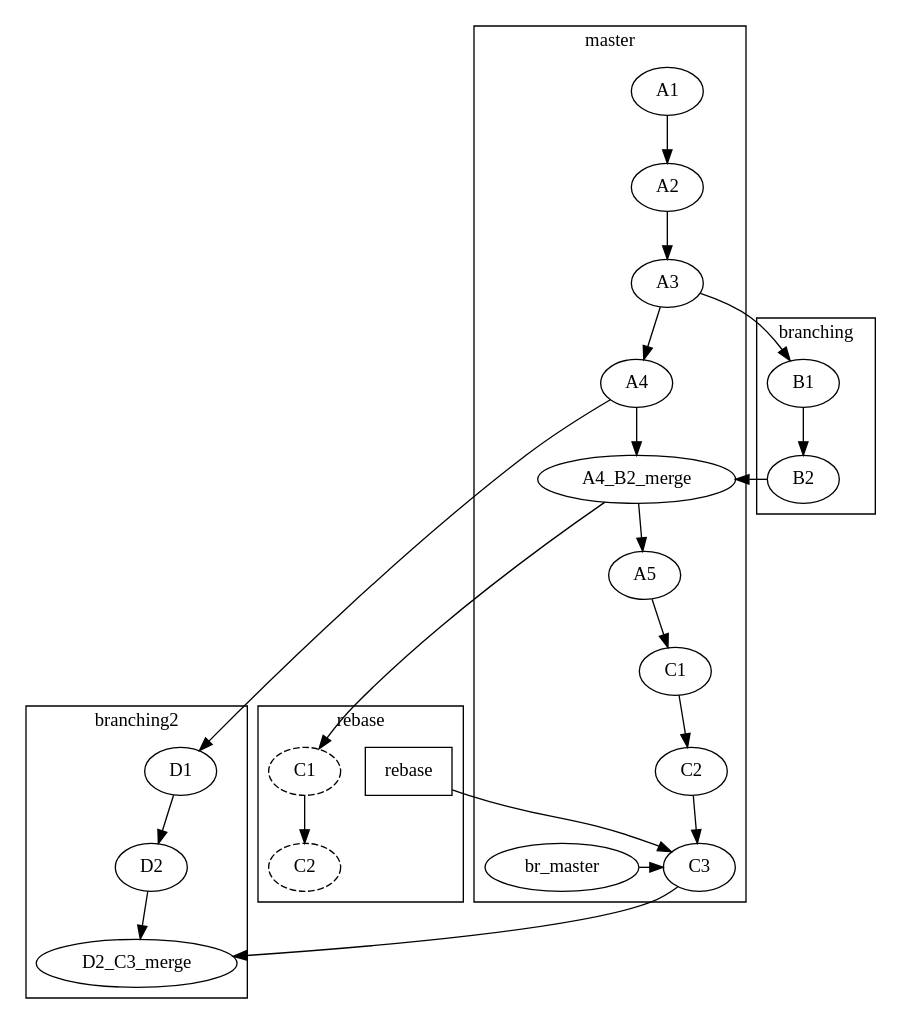
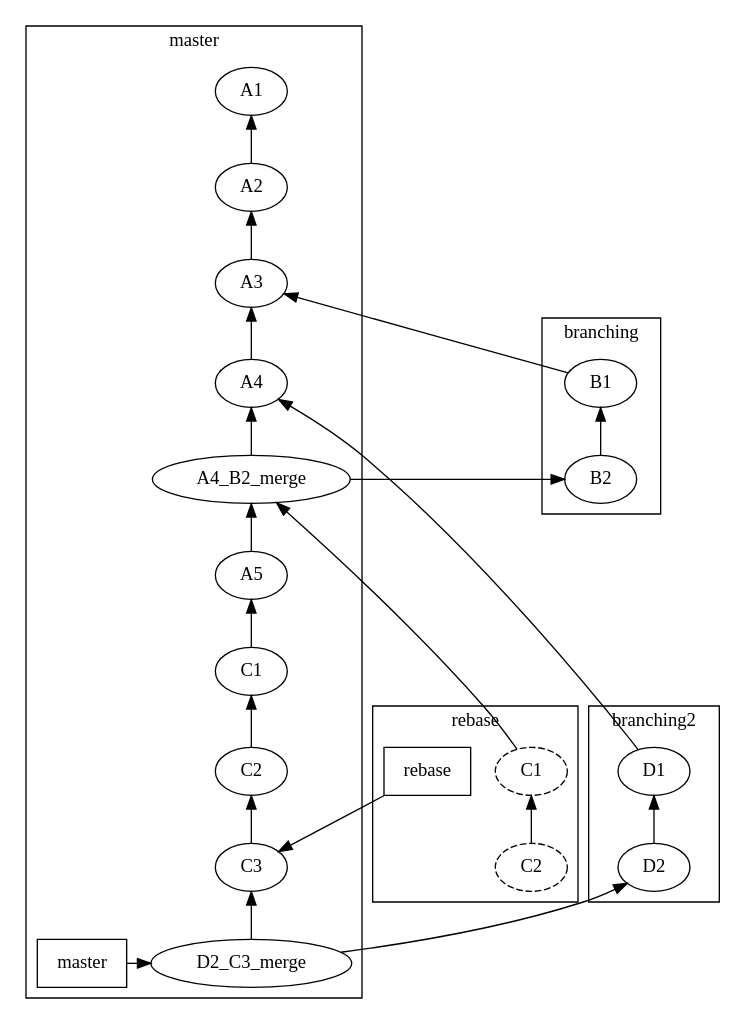
One commit to java8-course/get-flow changed the diagram in tree.dot. Above: the diagram before and after it, drawn with Graphviz. The commit also changed 1 other file, not shown here.

```diff
--- a/tree.dot
+++ b/tree.dot
@@ -1,49 +1,56 @@
 digraph tree {
+    edge[dir=back]
+
     subgraph cluster_master {
         label="master"
-        A1 -> A2 -> A3 -> A4 -> A4_B2_merge -> A5
+        node [group=main]
+        A1 -> A2 -> A3 -> A4 -> A4_B2_merge -> A5 [group=main]
         
         C1_new [label="C1"]
         C2_new [label="C2"]
-        C1_new -> C2_new -> C3
+        C1_new -> C2_new -> C3 [group=main]
         
-//         br_master [shape=rectangle; label="master"]
+        C3 -> D2_C3_merge [group=main]
+        
+        br_master [shape=rectangle; label="master"]
         
     //     br_master -> A1 [style=dashed]
     //     br_master -> A2 [style=dashed]
-         br_master -> C3
-//         
-         {rank=same; C3; br_master}
+         br_master -> D2_C3_merge [weight=0; dir=forward]
+
+         {rank=same; D2_C3_merge; br_master}
     }
     
     subgraph cluster_branching {
         label="branching"
         B1 -> B2
 //         br_branching [shape=rectangle; label="branching"]
 //         br_branching -> B2
 //         {rank=same; B2; br_branching}
     }
     
-    A3 -> B1
-    B2 -> A4_B2_merge
+    A3 -> B1 [weight=0]
+    B2 -> A4_B2_merge [weight=0]
     
     subgraph cluster_rebase {
         label="rebase"
         C1 [style=dashed]
         C2 [style=dashed]
         C1 -> C2
         br_rebase[label="rebase"; shape="rectangle"]
     }
     
-    A4_B2_merge -> C1
+    A4_B2_merge -> C1 [weight=0]
     A5 -> C1_new
-    br_rebase -> C3
+    br_rebase -> C3 [weight=0; dir=forward]
     
     subgraph cluster_branching2 {
         label="branching2"
-        D1 -> D2 -> D2_C3_merge
+        D1 -> D2
     }
     
-    A4 -> D1
-    C3 -> D2_C3_merge
+    D2 -> D2_C3_merge [weight=0]
+    A4 -> D1 [weight=0]
+    
+//     {rank=same; br_rebase; C3}
 }
```
